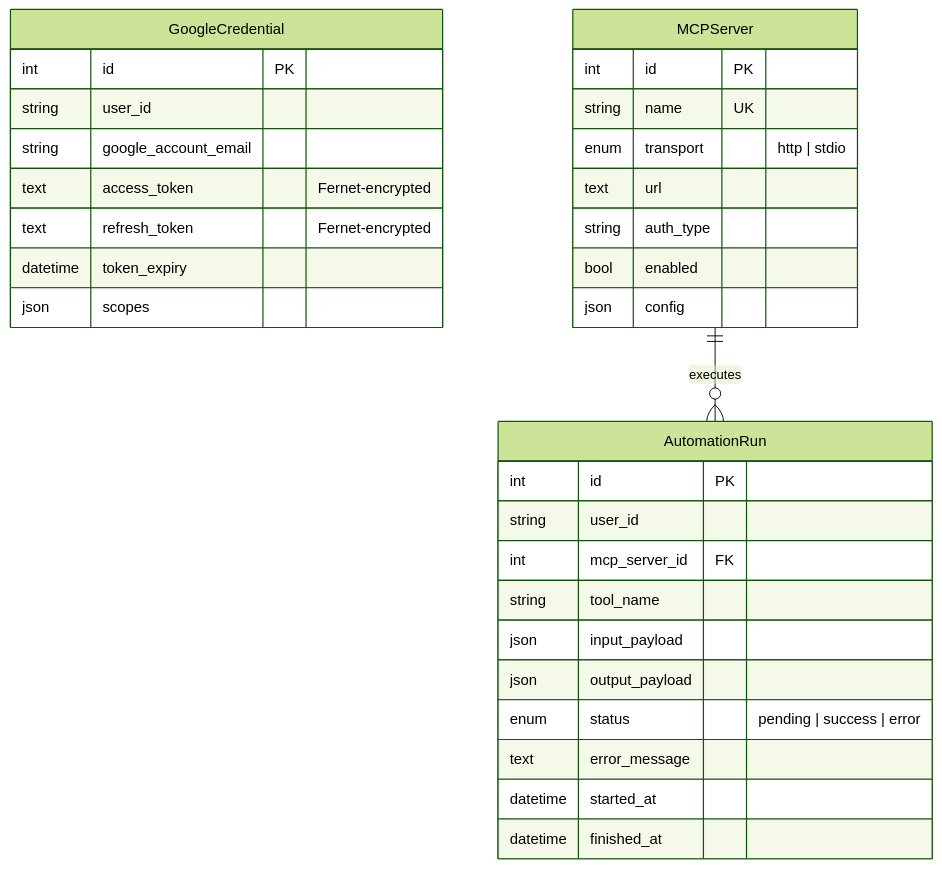
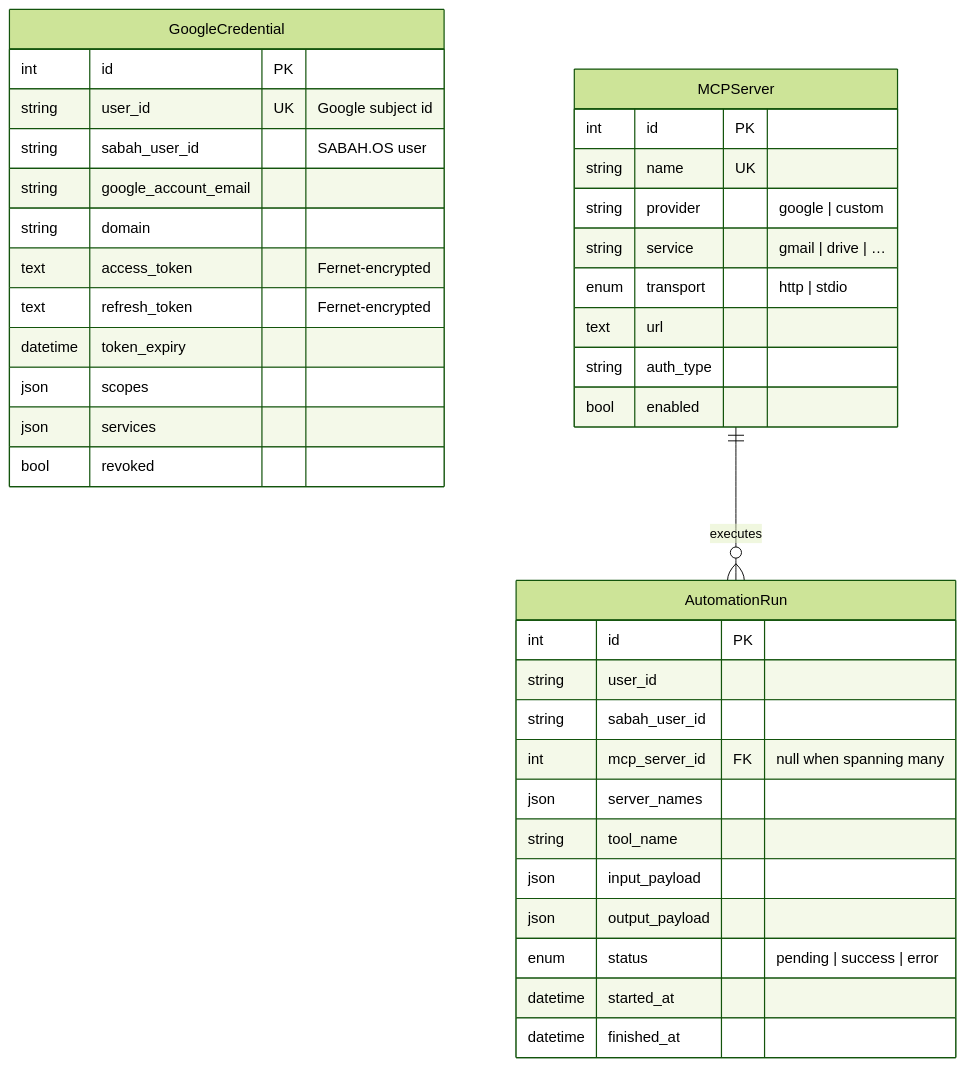
Before and after one commit to shukurlukerem/MCP: the third of 3 diagrams in README.md, drawn with Mermaid (forest theme). The commit also changed other lines of this file and 29 other files, not shown here.

````diff
--- a/README.md
+++ b/README.md
@@ -120,34 +191,40 @@
 ```mermaid
 erDiagram
     GoogleCredential {
         int id PK
-        string user_id
+        string user_id UK "Google subject id"
+        string sabah_user_id "SABAH.OS user"
         string google_account_email
+        string domain
         text access_token "Fernet-encrypted"
         text refresh_token "Fernet-encrypted"
         datetime token_expiry
         json scopes
+        json services
+        bool revoked
     }
     MCPServer {
         int id PK
         string name UK
+        string provider "google | custom"
+        string service "gmail | drive | …"
         enum transport "http | stdio"
         text url
         string auth_type
         bool enabled
-        json config
     }
     AutomationRun {
         int id PK
         string user_id
-        int mcp_server_id FK
+        string sabah_user_id
+        int mcp_server_id FK "null when spanning many"
+        json server_names
         string tool_name
         json input_payload
         json output_payload
         enum status "pending | success | error"
-        text error_message
         datetime started_at
         datetime finished_at
     }
     MCPServer ||--o{ AutomationRun : "executes"
 ```
````
